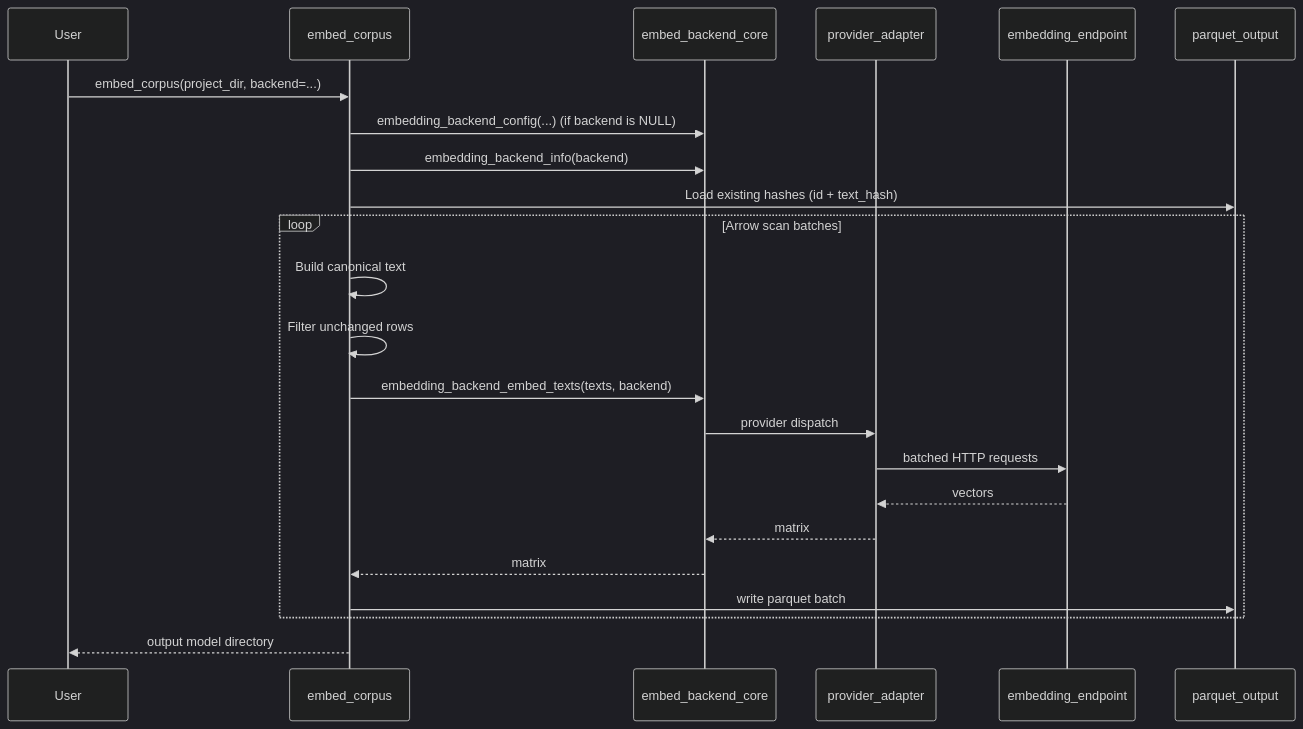
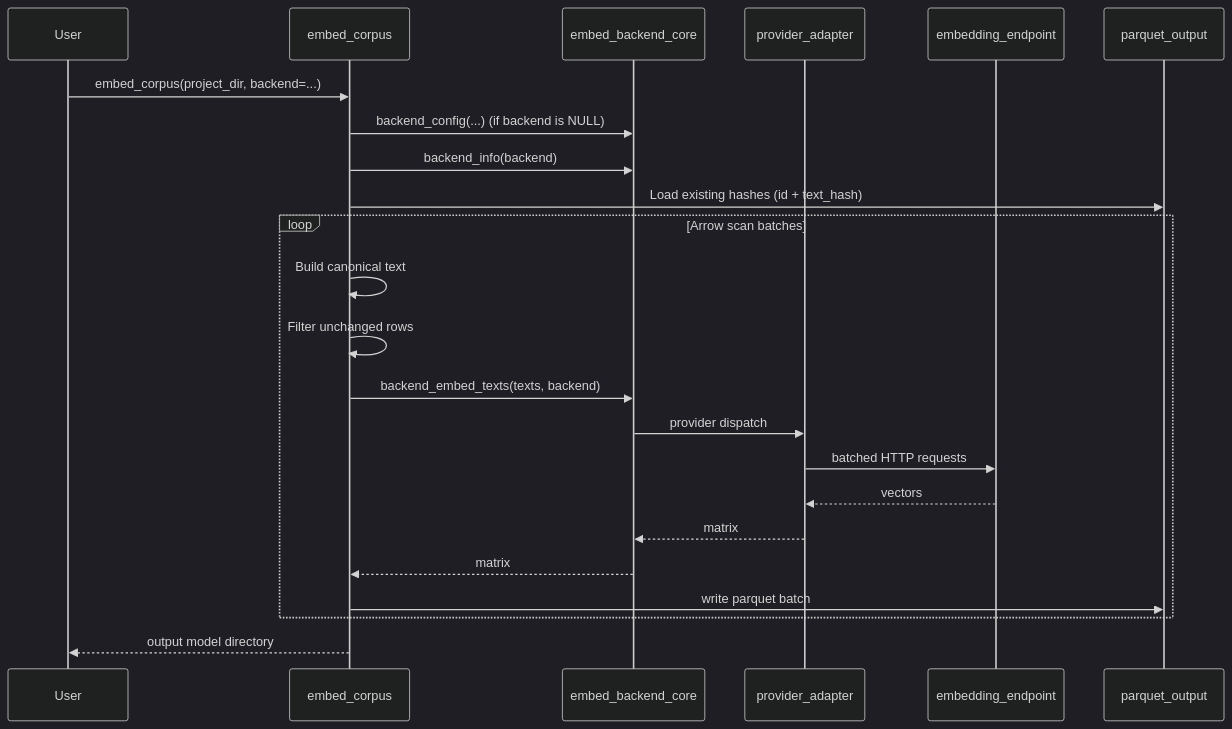
One commit to openalexPro/openalexVectorComp changed the second of 3 diagrams in vignettes/backend-architecture.qmd. Above: the diagram before and after it, drawn with Mermaid (dark theme). The commit also changed other lines of this file and 46 other files, not shown here.

````diff
--- a/vignettes/backend-architecture.qmd
+++ b/vignettes/backend-architecture.qmd
@@ -68,27 +68,27 @@
 ```{mermaid}
 
 sequenceDiagram
   participant User
   participant embed_corpus
   participant Core as embed_backend_core
   participant Provider as provider_adapter
   participant API as embedding_endpoint
   participant FS as parquet_output
 
   User->>embed_corpus: embed_corpus(project_dir, backend=...)
-  embed_corpus->>Core: embedding_backend_config(...) (if backend is NULL)
-  embed_corpus->>Core: embedding_backend_info(backend)
+  embed_corpus->>Core: backend_config(...) (if backend is NULL)
+  embed_corpus->>Core: backend_info(backend)
   embed_corpus->>FS: Load existing hashes (id + text_hash)
   loop Arrow scan batches
     embed_corpus->>embed_corpus: Build canonical text
     embed_corpus->>embed_corpus: Filter unchanged rows
-    embed_corpus->>Core: embedding_backend_embed_texts(texts, backend)
+    embed_corpus->>Core: backend_embed_texts(texts, backend)
     Core->>Provider: provider dispatch
     Provider->>API: batched HTTP requests
     API-->>Provider: vectors
     Provider-->>Core: matrix
     Core-->>embed_corpus: matrix
     embed_corpus->>FS: write parquet batch
   end
   embed_corpus-->>User: output model directory
 ```
````
